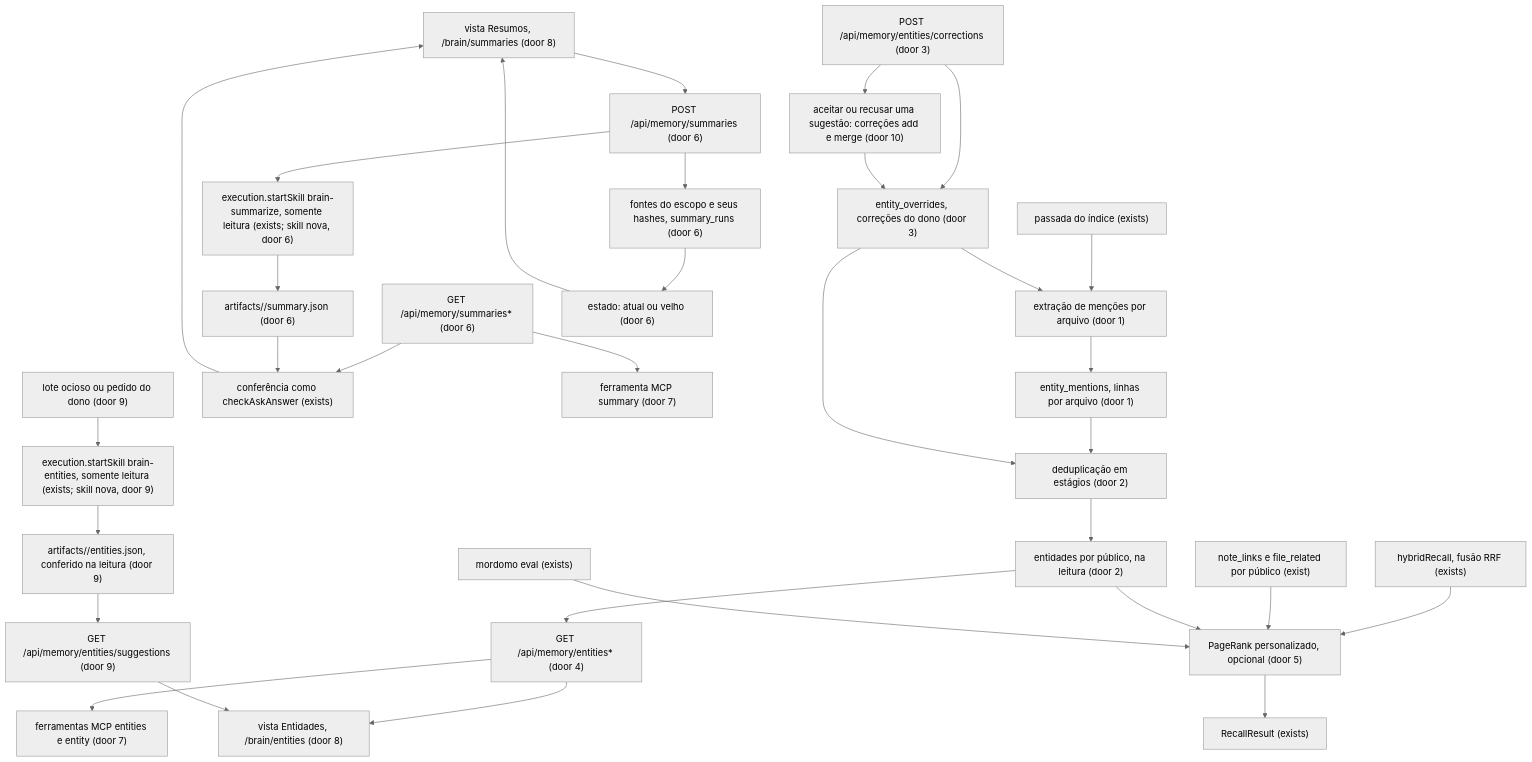
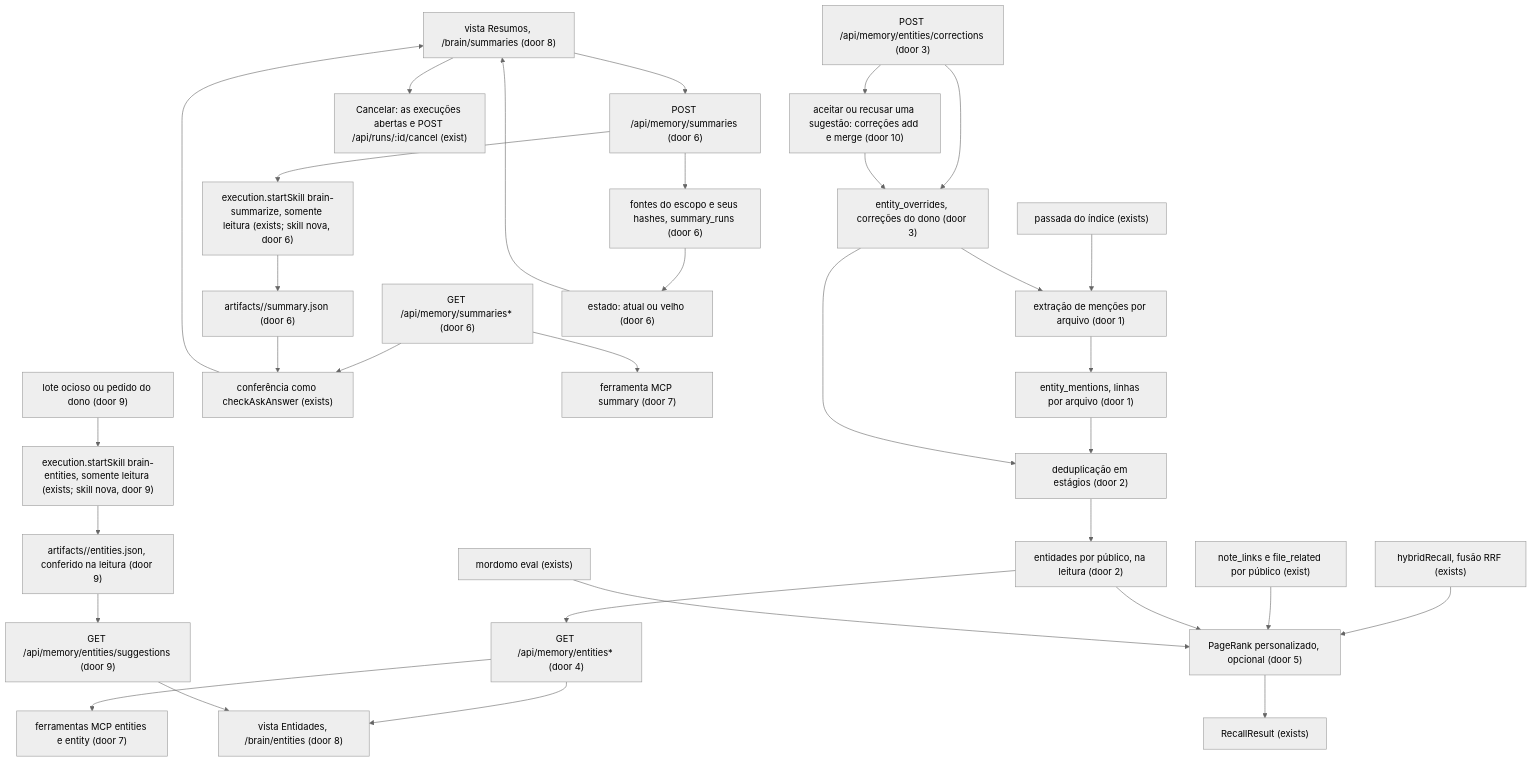
The first of 2 diagrams in .specs/features/cerebro-entidades-resumos/plan.md (tvpl/agentic-os), drawn with Mermaid (neutral theme) before and after one commit. The commit also changed other lines of this file and 22 other files, not shown here.

````diff
--- a/.specs/features/cerebro-entidades-resumos/plan.md
+++ b/.specs/features/cerebro-entidades-resumos/plan.md
@@ -45,34 +45,35 @@
 ```mermaid
 flowchart TD
     IDX["passada do índice (exists)"] --> EX["extração de menções por arquivo (door 1)"]
     EX --> EM["entity_mentions, linhas por arquivo (door 1)"]
     EM --> DD["deduplicação em estágios (door 2)"]
     OV["entity_overrides, correções do dono (door 3)"] --> DD
     DD --> ENT["entidades por público, na leitura (door 2)"]
     ENT --> R1["GET /api/memory/entities* (door 4)"]
     R2["POST /api/memory/entities/corrections (door 3)"] --> OV
     R1 --> V1["vista Entidades, /brain/entities (door 8)"]
     R1 --> MCP["ferramentas MCP entities e entity (door 7)"]
     REC["hybridRecall, fusão RRF (exists)"] --> PPR["PageRank personalizado, opcional (door 5)"]
     NL["note_links e file_related por público (exist)"] --> PPR
     ENT --> PPR
     PPR --> OUT["RecallResult (exists)"]
     EVAL["mordomo eval (exists)"] --> PPR
     V2["vista Resumos, /brain/summaries (door 8)"] --> SP["POST /api/memory/summaries (door 6)"]
+    V2 --> RC["Cancelar: as execuções abertas e POST /api/runs/:id/cancel (exist)"]
     SP --> FS["fontes do escopo e seus hashes, summary_runs (door 6)"]
     SP --> RUN["execution.startSkill brain-summarize, somente leitura (exists; skill nova, door 6)"]
     RUN --> ART["artifacts/<run>/summary.json (door 6)"]
     SG["GET /api/memory/summaries* (door 6)"] --> CHK["conferência como checkAskAnswer (exists)"]
     ART --> CHK
     FS --> ST["estado: atual ou velho (door 6)"]
     CHK --> V2
     ST --> V2
     SG --> MCP2["ferramenta MCP summary (door 7)"]
     LLM["lote ocioso ou pedido do dono (door 9)"] --> RUN2["execution.startSkill brain-entities, somente leitura (exists; skill nova, door 9)"]
     RUN2 --> SUG["artifacts/<run>/entities.json, conferido na leitura (door 9)"]
     SUG --> R3["GET /api/memory/entities/suggestions (door 9)"]
     R3 --> V1
     R2 --> ACC["aceitar ou recusar uma sugestão: correções add e merge (door 10)"]
     ACC --> OV
     OV --> EX
 ```
````
